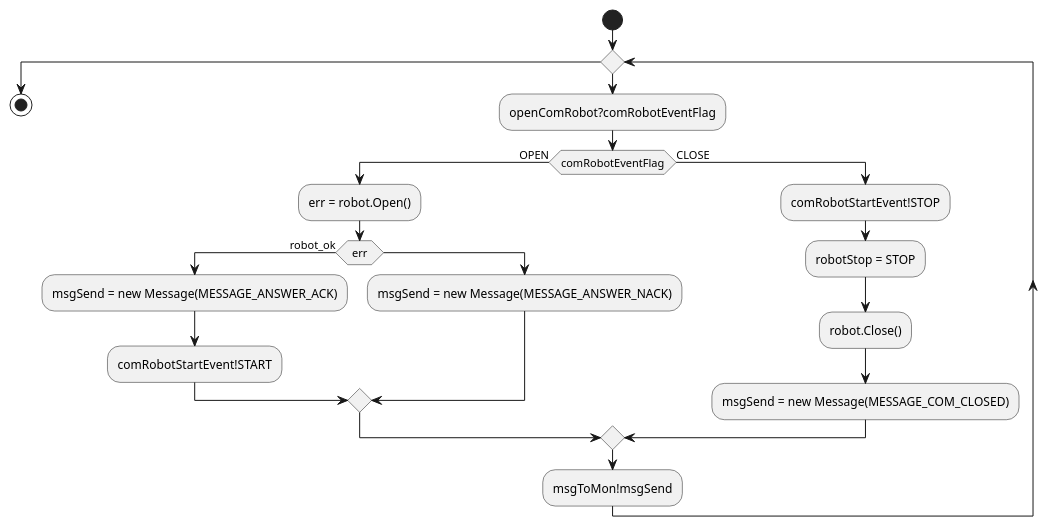
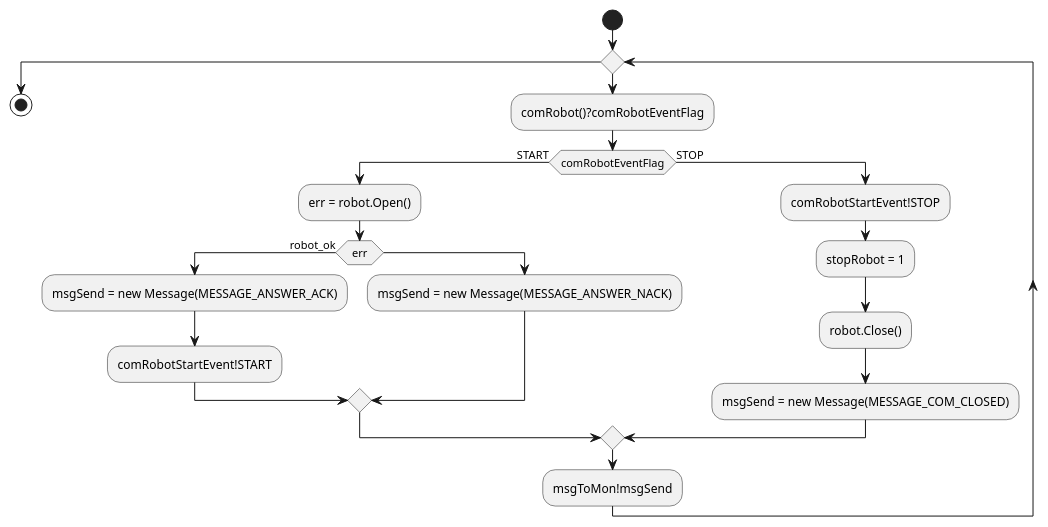
The diagram in diags/th_com_robot.puml (Bobillot/BE_Temps_Reel), drawn with PlantUML before and after one commit.

```diff
--- a/diags/th_com_robot.puml
+++ b/diags/th_com_robot.puml
@@ -1,28 +1,28 @@
 @startuml th_com_robot
 
 skinparam monochrome true
 
 start
 
 while( )
-    :openComRobot?comRobotEventFlag;
-    if (comRobotEventFlag) then (OPEN)
+    :comRobot()?comRobotEventFlag;
+    if (comRobotEventFlag) then (START)
     :err = robot.Open();
         if (err) then (robot_ok)
         :msgSend = new Message(MESSAGE_ANSWER_ACK);
         :comRobotStartEvent!START;
         else
             :msgSend = new Message(MESSAGE_ANSWER_NACK);
         endif
-    else (CLOSE)
+    else (STOP)
         :comRobotStartEvent!STOP;
-        :robotStop = STOP;
+        :stopRobot = 1;
         :robot.Close();
         :msgSend = new Message(MESSAGE_COM_CLOSED);
         
         'Check message type
     endif
     :msgToMon!msgSend;
 endwhile
 stop
 @enduml
```
